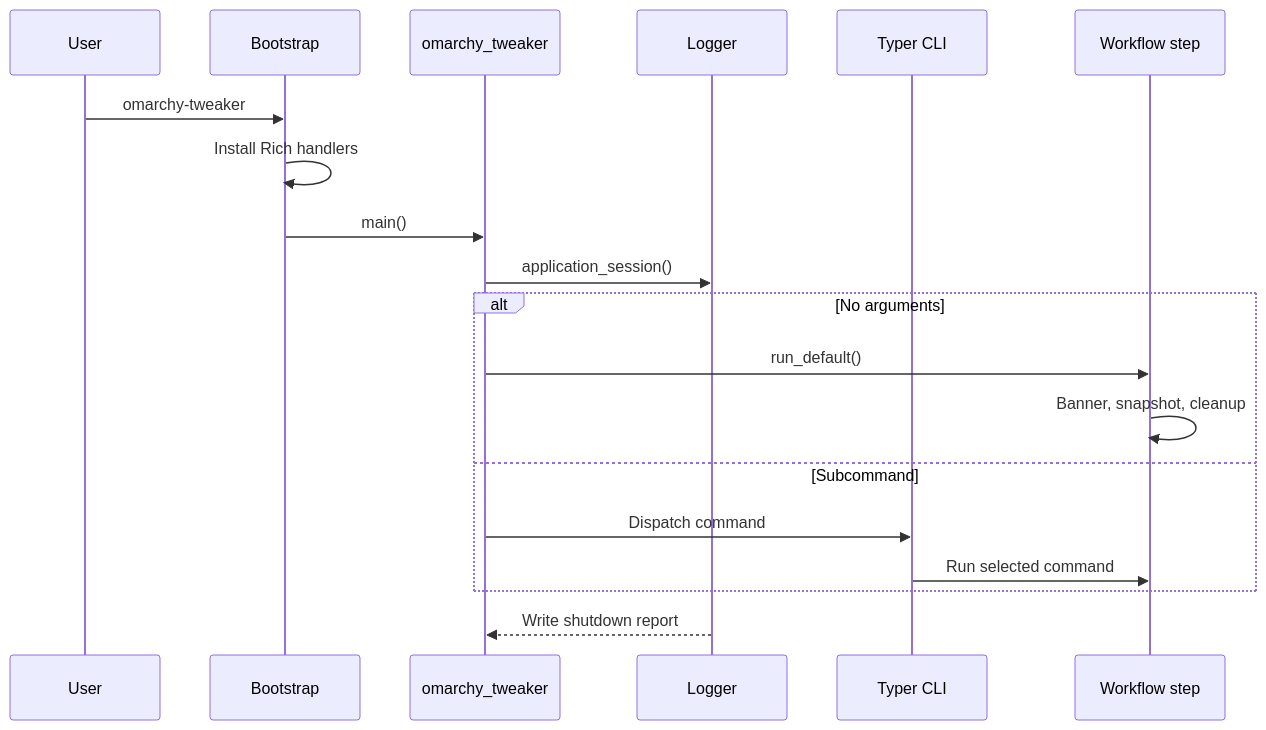
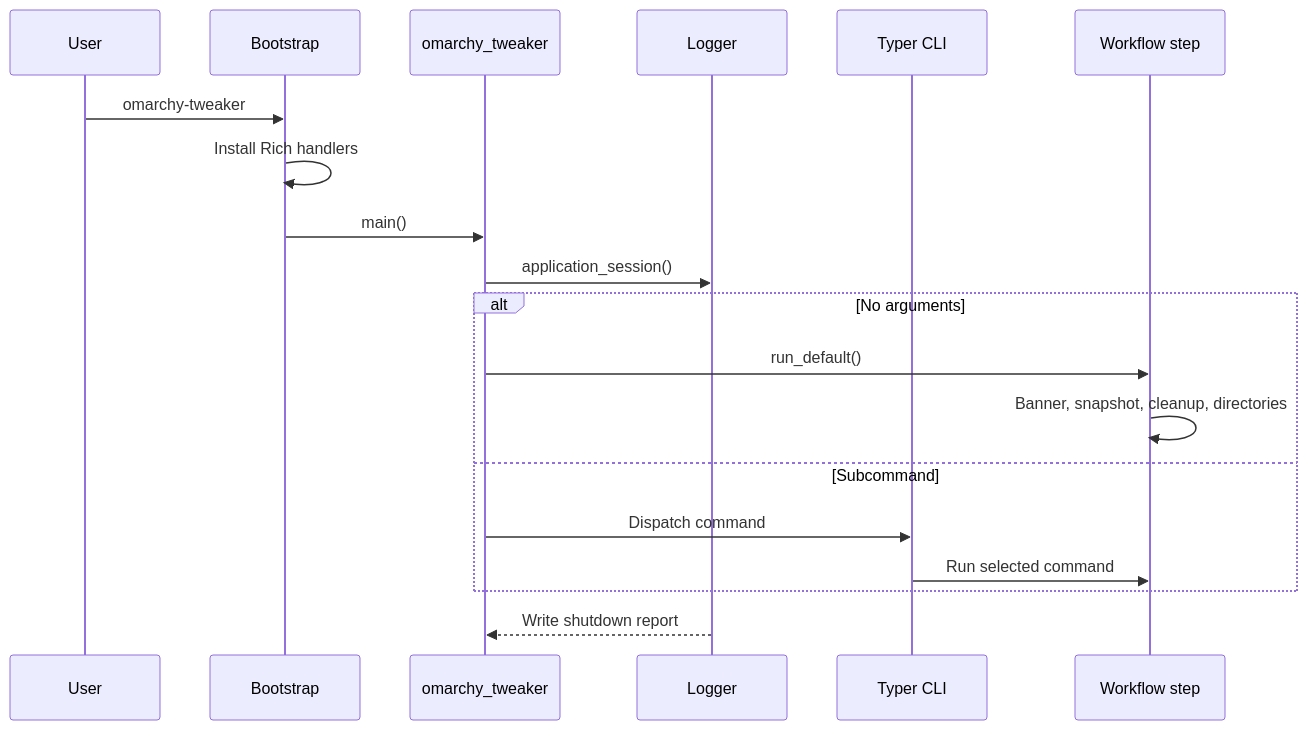
Before and after one commit to Armoghans-Organization/Omarchy-Tweaker: the second of 3 diagrams in docs/architecture.md, drawn with Mermaid. The commit also changed other lines of this file and 16 other files, not shown here.

````diff
--- a/docs/architecture.md
+++ b/docs/architecture.md
@@ -35,21 +36,21 @@
 ```mermaid
 sequenceDiagram
     participant User
     participant Bootstrap
     participant App as omarchy_tweaker
     participant Logger
     participant CLI as Typer CLI
     participant Step as Workflow step
     User->>Bootstrap: omarchy-tweaker
     Bootstrap->>Bootstrap: Install Rich handlers
     Bootstrap->>App: main()
     App->>Logger: application_session()
     alt No arguments
         App->>Step: run_default()
-        Step->>Step: Banner, snapshot, cleanup
+        Step->>Step: Banner, snapshot, cleanup, directories
     else Subcommand
         App->>CLI: Dispatch command
         CLI->>Step: Run selected command
     end
     Logger-->>App: Write shutdown report
 ```
````
